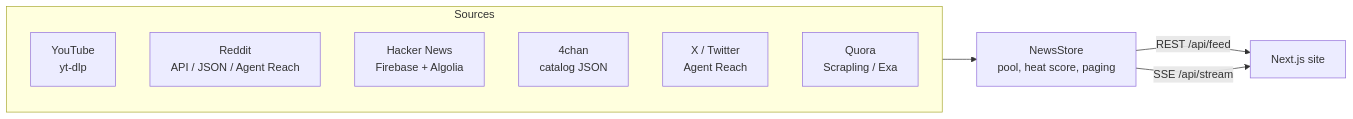
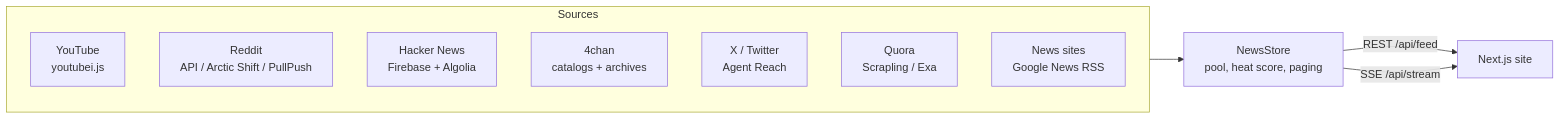
Before and after one commit to Anandadevnath/Active_News: the diagram in README.md, drawn with Mermaid. The commit also changed other lines of this file and 35 other files, not shown here.

First line of the commit message:
feat: add news source integration and enhance Arctic Shift functionality

````diff
--- a/README.md
+++ b/README.md
@@ -86,14 +89,15 @@
 ```mermaid
 flowchart LR
   subgraph Sources
-    YT[YouTube<br/>yt-dlp]
-    RD[Reddit<br/>API / JSON / Agent Reach]
+    YT[YouTube<br/>youtubei.js]
+    RD[Reddit<br/>API / Arctic Shift / PullPush]
     HN[Hacker News<br/>Firebase + Algolia]
-    FC[4chan<br/>catalog JSON]
+    FC[4chan<br/>catalogs + archives]
     TW[X / Twitter<br/>Agent Reach]
     QU[Quora<br/>Scrapling / Exa]
+    NW[News sites<br/>Google News RSS]
   end
   Sources --> S[NewsStore<br/>pool, heat score, paging]
   S -- REST /api/feed --> W[Next.js site]
   S -- SSE /api/stream --> W
 ```
````
